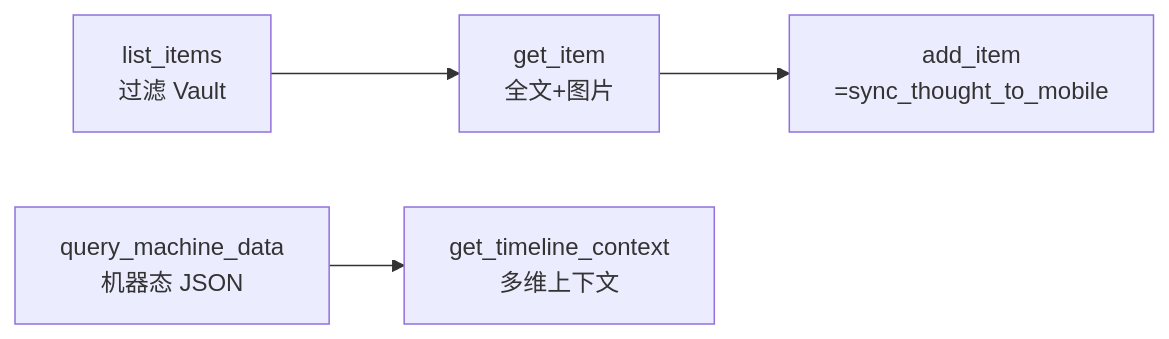
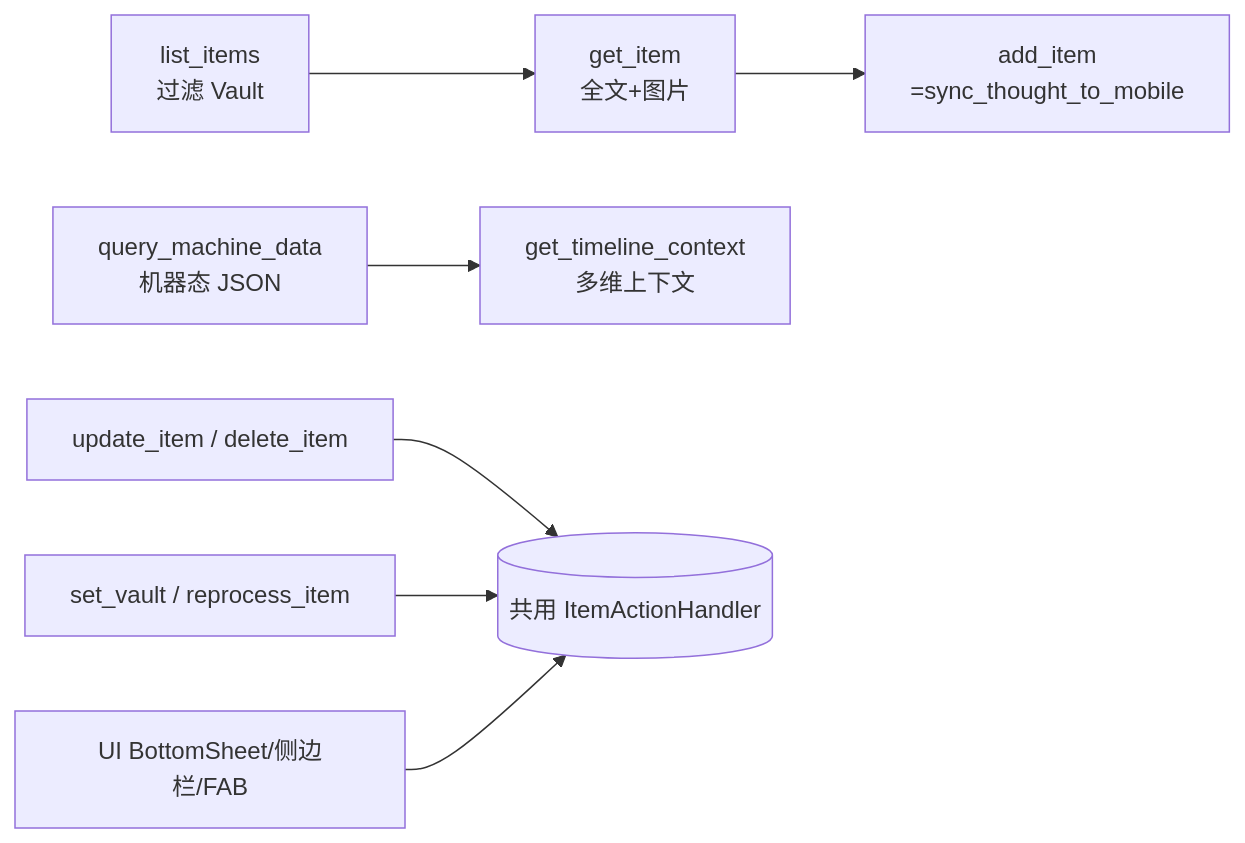
One commit to loveheng/goodshare changed the second of 3 diagrams in docs/product/product-requirements.md. Above: the diagram before and after it, drawn with Mermaid. The commit also changed other lines of this file and 8 other files, not shown here.

Commit message:
MVP 步骤1：Schema 重建 v2 + InboxItem/Repository 数据层（软删除/Vault 过滤/队列原语）+ 引用方适配

````diff
--- a/docs/product/product-requirements.md
+++ b/docs/product/product-requirements.md
@@ -178,6 +192,9 @@
 ```mermaid
 flowchart LR
     L[list_items<br/>过滤 Vault] --> G[get_item<br/>全文+图片]
     G --> A[add_item<br/>=sync_thought_to_mobile]
     Q[query_machine_data<br/>机器态 JSON] --> T[get_timeline_context<br/>多维上下文]
+    U[update_item / delete_item] --> H[(共用 ItemActionHandler)]
+    V[set_vault / reprocess_item] --> H
+    SB[UI BottomSheet/侧边栏/FAB] --> H
 ```
````
